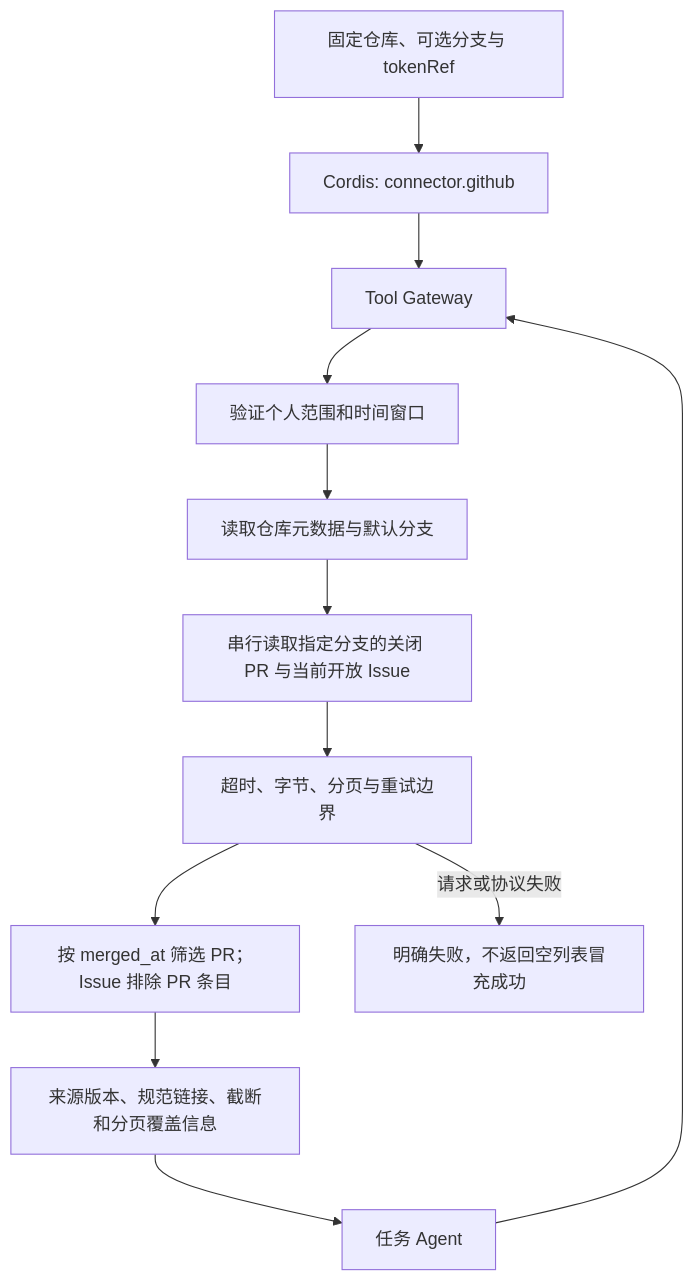
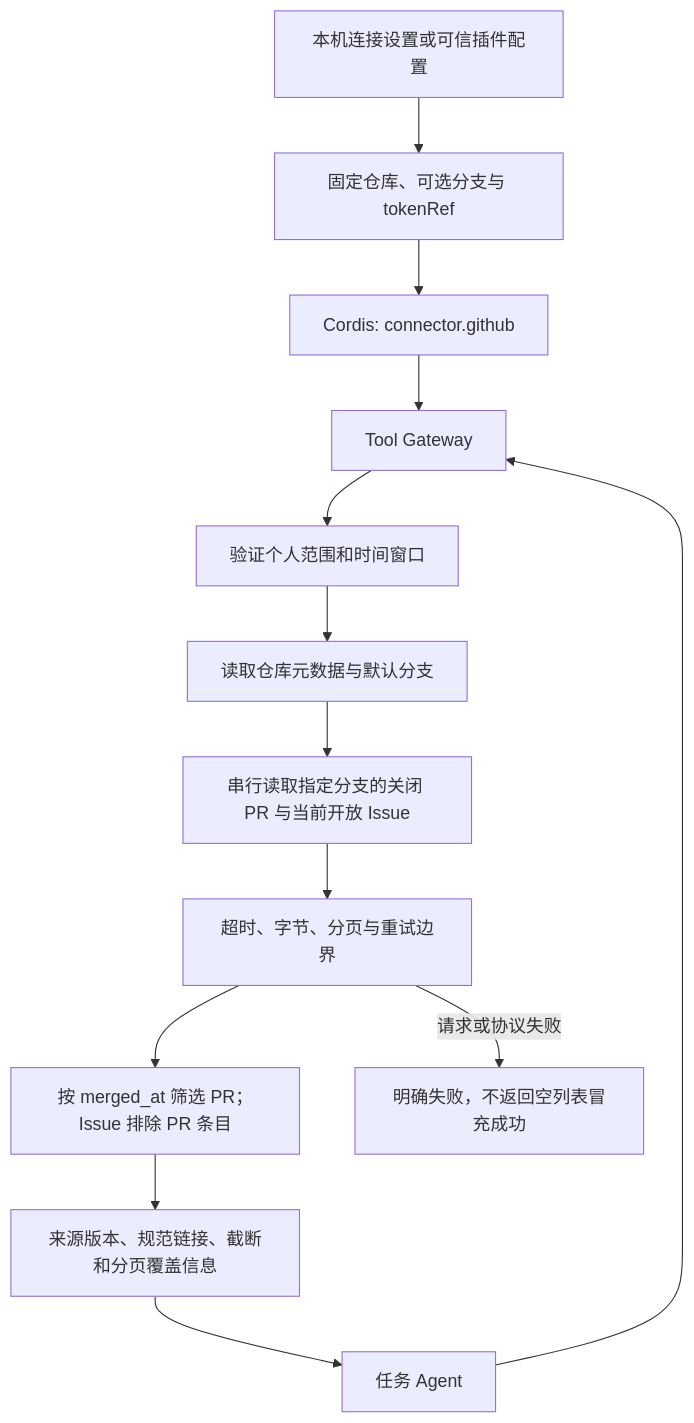
One commit to KlayPeter/AI-Delivery-Ops-Agent changed the diagram in backend/src/connectors/github/FEATURE.md. Above: the diagram before and after it, drawn with Mermaid. The commit also changed other lines of this file and 22 other files, not shown here.

````diff
--- a/backend/src/connectors/github/FEATURE.md
+++ b/backend/src/connectors/github/FEATURE.md
@@ -19,14 +19,15 @@
 ```mermaid
 flowchart TD
-    C[固定仓库、可选分支与 tokenRef] --> P[Cordis: connector.github]
+    UI[本机连接设置或可信插件配置] --> C[固定仓库、可选分支与 tokenRef]
+    C --> P[Cordis: connector.github]
     A[任务 Agent] --> G[Tool Gateway]
     P --> G
     G --> V[验证个人范围和时间窗口]
     V --> R[读取仓库元数据与默认分支]
     R --> L[串行读取指定分支的关闭 PR 与当前开放 Issue]
     L --> B[超时、字节、分页与重试边界]
     B --> F[按 merged_at 筛选 PR；Issue 排除 PR 条目]
     F --> O[来源版本、规范链接、截断和分页覆盖信息]
     O --> A
     B -- 请求或协议失败 --> E[明确失败，不返回空列表冒充成功]
 ```
````
